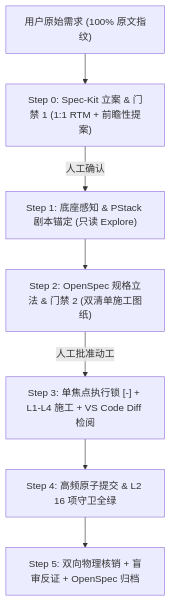
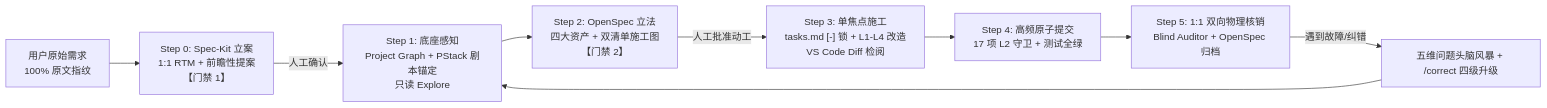
Before and after one commit to SnowLove0303/AI-Harness-Code: the second of 2 diagrams in README.md, drawn with Mermaid. The commit also changed other lines of this file and 7 other files, not shown here.

Commit message:
docs(readme): expand README into comprehensive Pstack-openspec architectural manual

````diff
--- a/README.md
+++ b/README.md
@@ -16,9 +99,11 @@
 ```mermaid
-flowchart TB
-    U["用户原始需求 (100% 原文指纹)"] --> G1["Step 0: Spec-Kit 立案 & 门禁 1 (1:1 RTM + 前瞻性提案)"]
-    G1 -->|人工确认| S1["Step 1: 底座感知 & PStack 剧本锚定 (只读 Explore)"]
-    S1 --> G2["Step 2: OpenSpec 规格立法 & 门禁 2 (双清单施工图纸)"]
-    G2 -->|人工批准动工| S3["Step 3: 单焦点执行锁 [-] + L1-L4 施工 + VS Code Diff 检阅"]
-    S3 --> S4["Step 4: 高频原子提交 & L2 16 项守卫全绿"]
-    S4 --> S5["Step 5: 双向物理核销 + 盲审反证 + OpenSpec 归档"]
+flowchart LR
+    U["用户原始需求<br/>100% 原文指纹"] --> G1["Step 0: Spec-Kit 立案<br/>1:1 RTM + 前瞻性提案<br/>【门禁 1】"]
+    G1 -->|人工确认| S1["Step 1: 底座感知<br/>Project Graph + PStack 剧本锚定<br/>只读 Explore"]
+    S1 --> G2["Step 2: OpenSpec 立法<br/>四大资产 + 双清单施工图<br/>【门禁 2】"]
+    G2 -->|人工批准动工| S3["Step 3: 单焦点施工<br/>tasks.md [-] 锁 + L1-L4 改造<br/>VS Code Diff 检阅"]
+    S3 --> S4["Step 4: 高频原子提交<br/>17 项 L2 守卫 + 测试全绿"]
+    S4 --> S5["Step 5: 1:1 双向物理核销<br/>Blind Auditor + OpenSpec 归档"]
+    S5 -->|遇到故障/纠错| B["五维问题头脑风暴 + /correct 四级升级"]
+    B --> S1
 ```
````
